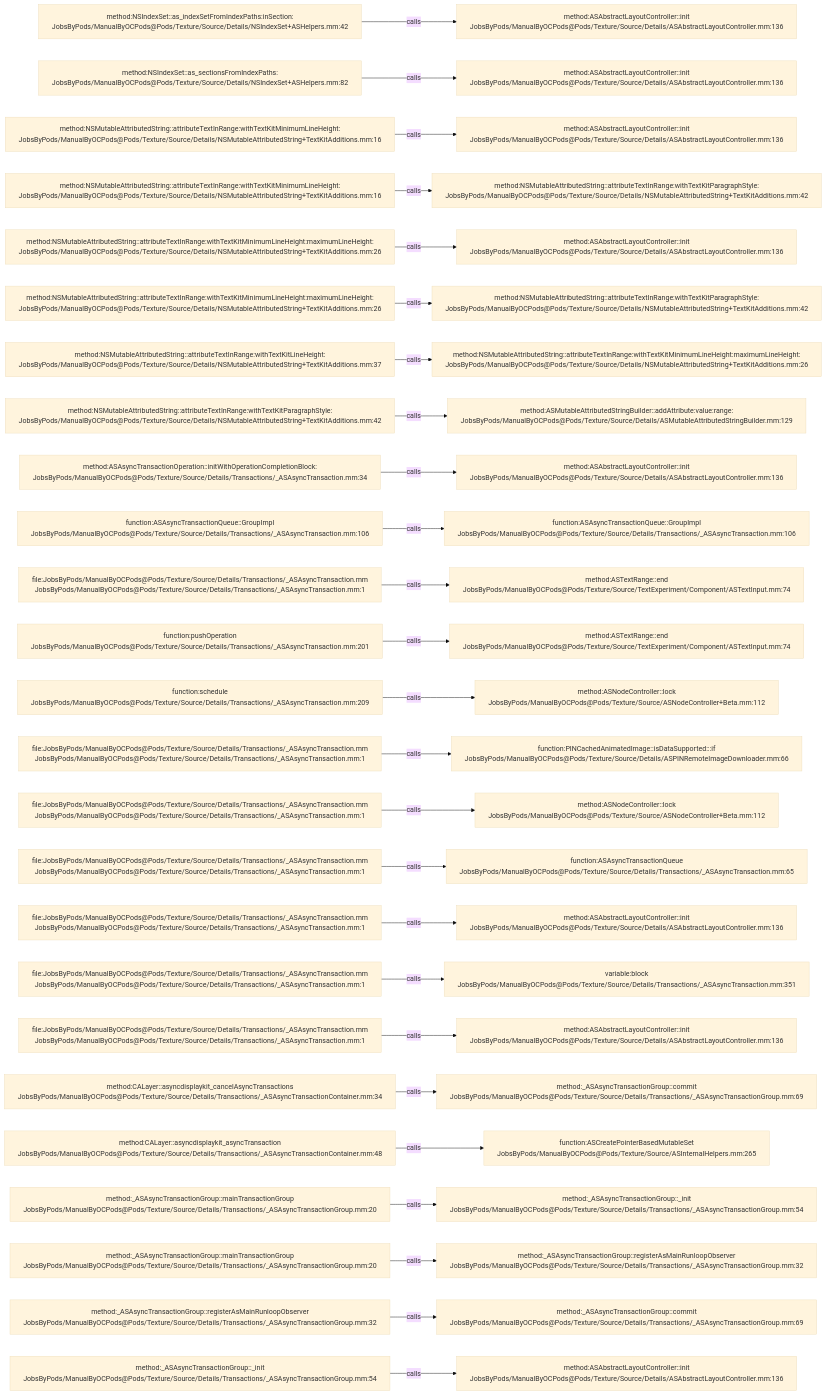
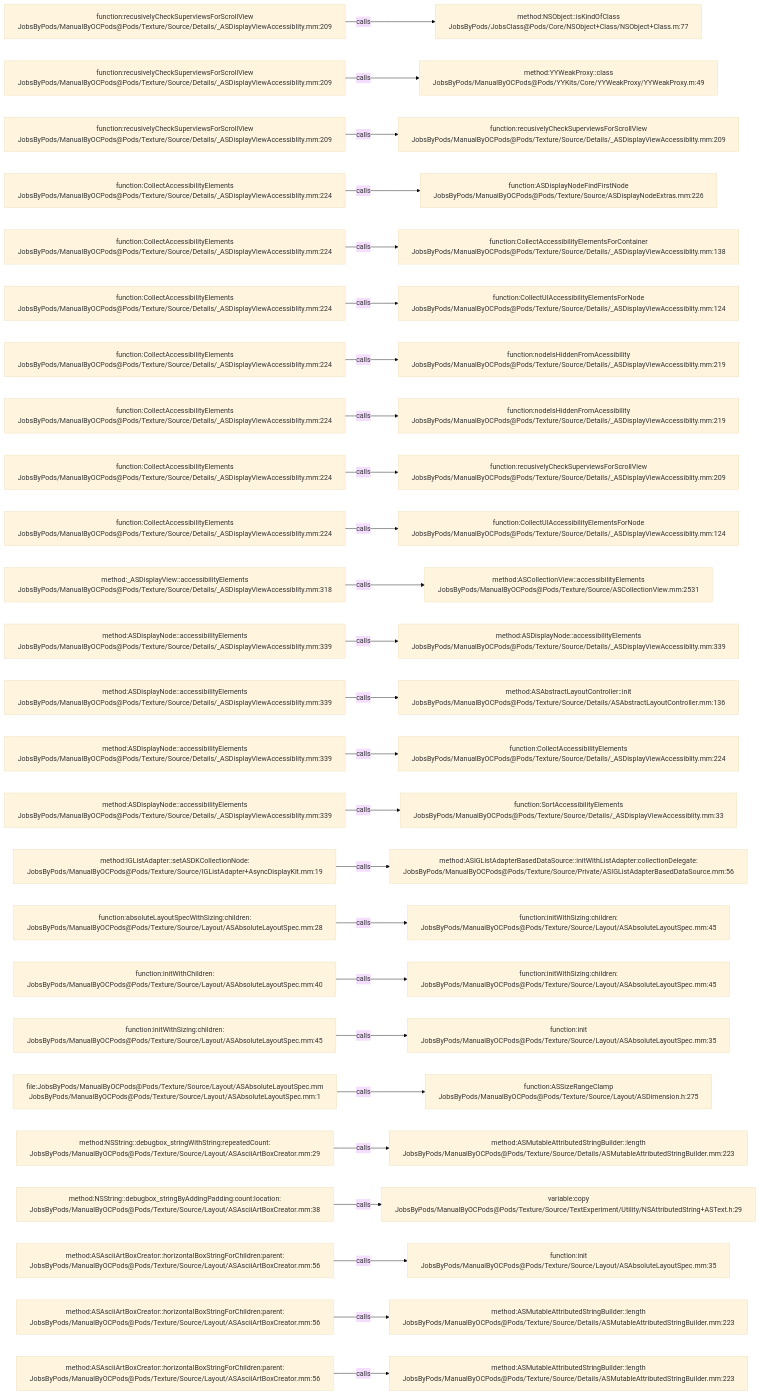
One commit to JobsKits/JobsOCBaseConfigDemo changed the diagram in .codegraph/codegraph.md/graphs/calls-176.md. Above: the diagram before and after it, drawn with Mermaid (base theme). The commit also changed 1223 other files, not shown here.

````diff
--- a/.codegraph/codegraph.md/graphs/calls-176.md
+++ b/.codegraph/codegraph.md/graphs/calls-176.md
@@ -13,78 +13,78 @@
 ```mermaid
 flowchart LR
-  S1["method:NSIndexSet::as_indexSetFromIndexPaths:inSection:<br/>JobsByPods/ManualByOCPods@Pods/Texture/Source/Details/NSIndexSet+ASHelpers.mm:42"]
-  T1["method:ASAbstractLayoutController::init<br/>JobsByPods/ManualByOCPods@Pods/Texture/Source/Details/ASAbstractLayoutController.mm:136"]
+  S1["function:recusivelyCheckSuperviewsForScrollView<br/>JobsByPods/ManualByOCPods@Pods/Texture/Source/Details/_ASDisplayViewAccessiblity.mm:209"]
+  T1["method:NSObject::isKindOfClass<br/>JobsByPods/JobsClass@Pods/Core/NSObject+Class/NSObject+Class.m:77"]
   S1 -->|calls| T1
-  S2["method:NSIndexSet::as_sectionsFromIndexPaths:<br/>JobsByPods/ManualByOCPods@Pods/Texture/Source/Details/NSIndexSet+ASHelpers.mm:82"]
-  T2["method:ASAbstractLayoutController::init<br/>JobsByPods/ManualByOCPods@Pods/Texture/Source/Details/ASAbstractLayoutController.mm:136"]
+  S2["function:recusivelyCheckSuperviewsForScrollView<br/>JobsByPods/ManualByOCPods@Pods/Texture/Source/Details/_ASDisplayViewAccessiblity.mm:209"]
+  T2["method:YYWeakProxy::class<br/>JobsByPods/ManualByOCPods@Pods/YYKits/Core/YYWeakProxy/YYWeakProxy.m:49"]
   S2 -->|calls| T2
-  S3["method:NSMutableAttributedString::attributeTextInRange:withTextKitMinimumLineHeight:<br/>JobsByPods/ManualByOCPods@Pods/Texture/Source/Details/NSMutableAttributedString+TextKitAdditions.mm:16"]
-  T3["method:ASAbstractLayoutController::init<br/>JobsByPods/ManualByOCPods@Pods/Texture/Source/Details/ASAbstractLayoutController.mm:136"]
+  S3["function:recusivelyCheckSuperviewsForScrollView<br/>JobsByPods/ManualByOCPods@Pods/Texture/Source/Details/_ASDisplayViewAccessiblity.mm:209"]
+  T3["function:recusivelyCheckSuperviewsForScrollView<br/>JobsByPods/ManualByOCPods@Pods/Texture/Source/Details/_ASDisplayViewAccessiblity.mm:209"]
   S3 -->|calls| T3
-  S4["method:NSMutableAttributedString::attributeTextInRange:withTextKitMinimumLineHeight:<br/>JobsByPods/ManualByOCPods@Pods/Texture/Source/Details/NSMutableAttributedString+TextKitAdditions.mm:16"]
-  T4["method:NSMutableAttributedString::attributeTextInRange:withTextKitParagraphStyle:<br/>JobsByPods/ManualByOCPods@Pods/Texture/Source/Details/NSMutableAttributedString+TextKitAdditions.mm:42"]
+  S4["function:CollectAccessibilityElements<br/>JobsByPods/ManualByOCPods@Pods/Texture/Source/Details/_ASDisplayViewAccessiblity.mm:224"]
+  T4["function:ASDisplayNodeFindFirstNode<br/>JobsByPods/ManualByOCPods@Pods/Texture/Source/ASDisplayNodeExtras.mm:226"]
   S4 -->|calls| T4
-  S5["method:NSMutableAttributedString::attributeTextInRange:withTextKitMinimumLineHeight:maximumLineHeight:<br/>JobsByPods/ManualByOCPods@Pods/Texture/Source/Details/NSMutableAttributedString+TextKitAdditions.mm:26"]
-  T5["method:ASAbstractLayoutController::init<br/>JobsByPods/ManualByOCPods@Pods/Texture/Source/Details/ASAbstractLayoutController.mm:136"]
+  S5["function:CollectAccessibilityElements<br/>JobsByPods/ManualByOCPods@Pods/Texture/Source/Details/_ASDisplayViewAccessiblity.mm:224"]
+  T5["function:CollectAccessibilityElementsForContainer<br/>JobsByPods/ManualByOCPods@Pods/Texture/Source/Details/_ASDisplayViewAccessiblity.mm:138"]
   S5 -->|calls| T5
-  S6["method:NSMutableAttributedString::attributeTextInRange:withTextKitMinimumLineHeight:maximumLineHeight:<br/>JobsByPods/ManualByOCPods@Pods/Texture/Source/Details/NSMutableAttributedString+TextKitAdditions.mm:26"]
-  T6["method:NSMutableAttributedString::attributeTextInRange:withTextKitParagraphStyle:<br/>JobsByPods/ManualByOCPods@Pods/Texture/Source/Details/NSMutableAttributedString+TextKitAdditions.mm:42"]
+  S6["function:CollectAccessibilityElements<br/>JobsByPods/ManualByOCPods@Pods/Texture/Source/Details/_ASDisplayViewAccessiblity.mm:224"]
+  T6["function:CollectUIAccessibilityElementsForNode<br/>JobsByPods/ManualByOCPods@Pods/Texture/Source/Details/_ASDisplayViewAccessiblity.mm:124"]
   S6 -->|calls| T6
-  S7["method:NSMutableAttributedString::attributeTextInRange:withTextKitLineHeight:<br/>JobsByPods/ManualByOCPods@Pods/Texture/Source/Details/NSMutableAttributedString+TextKitAdditions.mm:37"]
-  T7["method:NSMutableAttributedString::attributeTextInRange:withTextKitMinimumLineHeight:maximumLineHeight:<br/>JobsByPods/ManualByOCPods@Pods/Texture/Source/Details/NSMutableAttributedString+TextKitAdditions.mm:26"]
+  S7["function:CollectAccessibilityElements<br/>JobsByPods/ManualByOCPods@Pods/Texture/Source/Details/_ASDisplayViewAccessiblity.mm:224"]
+  T7["function:nodeIsHiddenFromAcessibility<br/>JobsByPods/ManualByOCPods@Pods/Texture/Source/Details/_ASDisplayViewAccessiblity.mm:219"]
   S7 -->|calls| T7
-  S8["method:NSMutableAttributedString::attributeTextInRange:withTextKitParagraphStyle:<br/>JobsByPods/ManualByOCPods@Pods/Texture/Source/Details/NSMutableAttributedString+TextKitAdditions.mm:42"]
-  T8["method:ASMutableAttributedStringBuilder::addAttribute:value:range:<br/>JobsByPods/ManualByOCPods@Pods/Texture/Source/Details/ASMutableAttributedStringBuilder.mm:129"]
+  S8["function:CollectAccessibilityElements<br/>JobsByPods/ManualByOCPods@Pods/Texture/Source/Details/_ASDisplayViewAccessiblity.mm:224"]
+  T8["function:nodeIsHiddenFromAcessibility<br/>JobsByPods/ManualByOCPods@Pods/Texture/Source/Details/_ASDisplayViewAccessiblity.mm:219"]
   S8 -->|calls| T8
-  S9["method:ASAsyncTransactionOperation::initWithOperationCompletionBlock:<br/>JobsByPods/ManualByOCPods@Pods/Texture/Source/Details/Transactions/_ASAsyncTransaction.mm:34"]
-  T9["method:ASAbstractLayoutController::init<br/>JobsByPods/ManualByOCPods@Pods/Texture/Source/Details/ASAbstractLayoutController.mm:136"]
+  S9["function:CollectAccessibilityElements<br/>JobsByPods/ManualByOCPods@Pods/Texture/Source/Details/_ASDisplayViewAccessiblity.mm:224"]
+  T9["function:recusivelyCheckSuperviewsForScrollView<br/>JobsByPods/ManualByOCPods@Pods/Texture/Source/Details/_ASDisplayViewAccessiblity.mm:209"]
   S9 -->|calls| T9
-  S10["function:ASAsyncTransactionQueue::GroupImpl<br/>JobsByPods/ManualByOCPods@Pods/Texture/Source/Details/Transactions/_ASAsyncTransaction.mm:106"]
-  T10["function:ASAsyncTransactionQueue::GroupImpl<br/>JobsByPods/ManualByOCPods@Pods/Texture/Source/Details/Transactions/_ASAsyncTransaction.mm:106"]
+  S10["function:CollectAccessibilityElements<br/>JobsByPods/ManualByOCPods@Pods/Texture/Source/Details/_ASDisplayViewAccessiblity.mm:224"]
+  T10["function:CollectUIAccessibilityElementsForNode<br/>JobsByPods/ManualByOCPods@Pods/Texture/Source/Details/_ASDisplayViewAccessiblity.mm:124"]
   S10 -->|calls| T10
-  S11["file:JobsByPods/ManualByOCPods@Pods/Texture/Source/Details/Transactions/_ASAsyncTransaction.mm<br/>JobsByPods/ManualByOCPods@Pods/Texture/Source/Details/Transactions/_ASAsyncTransaction.mm:1"]
-  T11["method:ASTextRange::end<br/>JobsByPods/ManualByOCPods@Pods/Texture/Source/TextExperiment/Component/ASTextInput.mm:74"]
+  S11["method:_ASDisplayView::accessibilityElements<br/>JobsByPods/ManualByOCPods@Pods/Texture/Source/Details/_ASDisplayViewAccessiblity.mm:318"]
+  T11["method:ASCollectionView::accessibilityElements<br/>JobsByPods/ManualByOCPods@Pods/Texture/Source/ASCollectionView.mm:2531"]
   S11 -->|calls| T11
-  S12["function:pushOperation<br/>JobsByPods/ManualByOCPods@Pods/Texture/Source/Details/Transactions/_ASAsyncTransaction.mm:201"]
-  T12["method:ASTextRange::end<br/>JobsByPods/ManualByOCPods@Pods/Texture/Source/TextExperiment/Component/ASTextInput.mm:74"]
+  S12["method:ASDisplayNode::accessibilityElements<br/>JobsByPods/ManualByOCPods@Pods/Texture/Source/Details/_ASDisplayViewAccessiblity.mm:339"]
+  T12["method:ASDisplayNode::accessibilityElements<br/>JobsByPods/ManualByOCPods@Pods/Texture/Source/Details/_ASDisplayViewAccessiblity.mm:339"]
   S12 -->|calls| T12
-  S13["function:schedule<br/>JobsByPods/ManualByOCPods@Pods/Texture/Source/Details/Transactions/_ASAsyncTransaction.mm:209"]
-  T13["method:ASNodeController::lock<br/>JobsByPods/ManualByOCPods@Pods/Texture/Source/ASNodeController+Beta.mm:112"]
+  S13["method:ASDisplayNode::accessibilityElements<br/>JobsByPods/ManualByOCPods@Pods/Texture/Source/Details/_ASDisplayViewAccessiblity.mm:339"]
+  T13["method:ASAbstractLayoutController::init<br/>JobsByPods/ManualByOCPods@Pods/Texture/Source/Details/ASAbstractLayoutController.mm:136"]
   S13 -->|calls| T13
-  S14["file:JobsByPods/ManualByOCPods@Pods/Texture/Source/Details/Transactions/_ASAsyncTransaction.mm<br/>JobsByPods/ManualByOCPods@Pods/Texture/Source/Details/Transactions/_ASAsyncTransaction.mm:1"]
-  T14["function:PINCachedAnimatedImage::isDataSupported:::if<br/>JobsByPods/ManualByOCPods@Pods/Texture/Source/Details/ASPINRemoteImageDownloader.mm:66"]
+  S14["method:ASDisplayNode::accessibilityElements<br/>JobsByPods/ManualByOCPods@Pods/Texture/Source/Details/_ASDisplayViewAccessiblity.mm:339"]
+  T14["function:CollectAccessibilityElements<br/>JobsByPods/ManualByOCPods@Pods/Texture/Source/Details/_ASDisplayViewAccessiblity.mm:224"]
   S14 -->|calls| T14
-  S15["file:JobsByPods/ManualByOCPods@Pods/Texture/Source/Details/Transactions/_ASAsyncTransaction.mm<br/>JobsByPods/ManualByOCPods@Pods/Texture/Source/Details/Transactions/_ASAsyncTransaction.mm:1"]
-  T15["method:ASNodeController::lock<br/>JobsByPods/ManualByOCPods@Pods/Texture/Source/ASNodeController+Beta.mm:112"]
+  S15["method:ASDisplayNode::accessibilityElements<br/>JobsByPods/ManualByOCPods@Pods/Texture/Source/Details/_ASDisplayViewAccessiblity.mm:339"]
+  T15["function:SortAccessibilityElements<br/>JobsByPods/ManualByOCPods@Pods/Texture/Source/Details/_ASDisplayViewAccessiblity.mm:33"]
   S15 -->|calls| T15
-  S16["file:JobsByPods/ManualByOCPods@Pods/Texture/Source/Details/Transactions/_ASAsyncTransaction.mm<br/>JobsByPods/ManualByOCPods@Pods/Texture/Source/Details/Transactions/_ASAsyncTransaction.mm:1"]
-  T16["function:ASAsyncTransactionQueue<br/>JobsByPods/ManualByOCPods@Pods/Texture/Source/Details/Transactions/_ASAsyncTransaction.mm:65"]
+  S16["method:IGListAdapter::setASDKCollectionNode:<br/>JobsByPods/ManualByOCPods@Pods/Texture/Source/IGListAdapter+AsyncDisplayKit.mm:19"]
+  T16["method:ASIGListAdapterBasedDataSource::initWithListAdapter:collectionDelegate:<br/>JobsByPods/ManualByOCPods@Pods/Texture/Source/Private/ASIGListAdapterBasedDataSource.mm:56"]
   S16 -->|calls| T16
-  S17["file:JobsByPods/ManualByOCPods@Pods/Texture/Source/Details/Transactions/_ASAsyncTransaction.mm<br/>JobsByPods/ManualByOCPods@Pods/Texture/Source/Details/Transactions/_ASAsyncTransaction.mm:1"]
-  T17["method:ASAbstractLayoutController::init<br/>JobsByPods/ManualByOCPods@Pods/Texture/Source/Details/ASAbstractLayoutController.mm:136"]
+  S17["function:absoluteLayoutSpecWithSizing:children:<br/>JobsByPods/ManualByOCPods@Pods/Texture/Source/Layout/ASAbsoluteLayoutSpec.mm:28"]
+  T17["function:initWithSizing:children:<br/>JobsByPods/ManualByOCPods@Pods/Texture/Source/Layout/ASAbsoluteLayoutSpec.mm:45"]
   S17 -->|calls| T17
-  S18["file:JobsByPods/ManualByOCPods@Pods/Texture/Source/Details/Transactions/_ASAsyncTransaction.mm<br/>JobsByPods/ManualByOCPods@Pods/Texture/Source/Details/Transactions/_ASAsyncTransaction.mm:1"]
-  T18["variable:block<br/>JobsByPods/ManualByOCPods@Pods/Texture/Source/Details/Transactions/_ASAsyncTransaction.mm:351"]
+  S18["function:initWithChildren:<br/>JobsByPods/ManualByOCPods@Pods/Texture/Source/Layout/ASAbsoluteLayoutSpec.mm:40"]
+  T18["function:initWithSizing:children:<br/>JobsByPods/ManualByOCPods@Pods/Texture/Source/Layout/ASAbsoluteLayoutSpec.mm:45"]
   S18 -->|calls| T18
-  S19["file:JobsByPods/ManualByOCPods@Pods/Texture/Source/Details/Transactions/_ASAsyncTransaction.mm<br/>JobsByPods/ManualByOCPods@Pods/Texture/Source/Details/Transactions/_ASAsyncTransaction.mm:1"]
-  T19["method:ASAbstractLayoutController::init<br/>JobsByPods/ManualByOCPods@Pods/Texture/Source/Details/ASAbstractLayoutController.mm:136"]
+  S19["function:initWithSizing:children:<br/>JobsByPods/ManualByOCPods@Pods/Texture/Source/Layout/ASAbsoluteLayoutSpec.mm:45"]
+  T19["function:init<br/>JobsByPods/ManualByOCPods@Pods/Texture/Source/Layout/ASAbsoluteLayoutSpec.mm:35"]
   S19 -->|calls| T19
-  S20["method:CALayer::asyncdisplaykit_cancelAsyncTransactions<br/>JobsByPods/ManualByOCPods@Pods/Texture/Source/Details/Transactions/_ASAsyncTransactionContainer.mm:34"]
-  T20["method:_ASAsyncTransactionGroup::commit<br/>JobsByPods/ManualByOCPods@Pods/Texture/Source/Details/Transactions/_ASAsyncTransactionGroup.mm:69"]
+  S20["file:JobsByPods/ManualByOCPods@Pods/Texture/Source/Layout/ASAbsoluteLayoutSpec.mm<br/>JobsByPods/ManualByOCPods@Pods/Texture/Source/Layout/ASAbsoluteLayoutSpec.mm:1"]
+  T20["function:ASSizeRangeClamp<br/>JobsByPods/ManualByOCPods@Pods/Texture/Source/Layout/ASDimension.h:275"]
   S20 -->|calls| T20
-  S21["method:CALayer::asyncdisplaykit_asyncTransaction<br/>JobsByPods/ManualByOCPods@Pods/Texture/Source/Details/Transactions/_ASAsyncTransactionContainer.mm:48"]
-  T21["function:ASCreatePointerBasedMutableSet<br/>JobsByPods/ManualByOCPods@Pods/Texture/Source/ASInternalHelpers.mm:265"]
+  S21["method:NSString::debugbox_stringWithString:repeatedCount:<br/>JobsByPods/ManualByOCPods@Pods/Texture/Source/Layout/ASAsciiArtBoxCreator.mm:29"]
+  T21["method:ASMutableAttributedStringBuilder::length<br/>JobsByPods/ManualByOCPods@Pods/Texture/Source/Details/ASMutableAttributedStringBuilder.mm:223"]
   S21 -->|calls| T21
-  S22["method:_ASAsyncTransactionGroup::mainTransactionGroup<br/>JobsByPods/ManualByOCPods@Pods/Texture/Source/Details/Transactions/_ASAsyncTransactionGroup.mm:20"]
-  T22["method:_ASAsyncTransactionGroup::_init<br/>JobsByPods/ManualByOCPods@Pods/Texture/Source/Details/Transactions/_ASAsyncTransactionGroup.mm:54"]
+  S22["method:NSString::debugbox_stringByAddingPadding:count:location:<br/>JobsByPods/ManualByOCPods@Pods/Texture/Source/Layout/ASAsciiArtBoxCreator.mm:38"]
+  T22["variable:copy<br/>JobsByPods/ManualByOCPods@Pods/Texture/Source/TextExperiment/Utility/NSAttributedString+ASText.h:29"]
   S22 -->|calls| T22
-  S23["method:_ASAsyncTransactionGroup::mainTransactionGroup<br/>JobsByPods/ManualByOCPods@Pods/Texture/Source/Details/Transactions/_ASAsyncTransactionGroup.mm:20"]
-  T23["method:_ASAsyncTransactionGroup::registerAsMainRunloopObserver<br/>JobsByPods/ManualByOCPods@Pods/Texture/Source/Details/Transactions/_ASAsyncTransactionGroup.mm:32"]
+  S23["method:ASAsciiArtBoxCreator::horizontalBoxStringForChildren:parent:<br/>JobsByPods/ManualByOCPods@Pods/Texture/Source/Layout/ASAsciiArtBoxCreator.mm:56"]
+  T23["function:init<br/>JobsByPods/ManualByOCPods@Pods/Texture/Source/Layout/ASAbsoluteLayoutSpec.mm:35"]
   S23 -->|calls| T23
-  S24["method:_ASAsyncTransactionGroup::registerAsMainRunloopObserver<br/>JobsByPods/ManualByOCPods@Pods/Texture/Source/Details/Transactions/_ASAsyncTransactionGroup.mm:32"]
-  T24["method:_ASAsyncTransactionGroup::commit<br/>JobsByPods/ManualByOCPods@Pods/Texture/Source/Details/Transactions/_ASAsyncTransactionGroup.mm:69"]
+  S24["method:ASAsciiArtBoxCreator::horizontalBoxStringForChildren:parent:<br/>JobsByPods/ManualByOCPods@Pods/Texture/Source/Layout/ASAsciiArtBoxCreator.mm:56"]
+  T24["method:ASMutableAttributedStringBuilder::length<br/>JobsByPods/ManualByOCPods@Pods/Texture/Source/Details/ASMutableAttributedStringBuilder.mm:223"]
   S24 -->|calls| T24
-  S25["method:_ASAsyncTransactionGroup::_init<br/>JobsByPods/ManualByOCPods@Pods/Texture/Source/Details/Transactions/_ASAsyncTransactionGroup.mm:54"]
-  T25["method:ASAbstractLayoutController::init<br/>JobsByPods/ManualByOCPods@Pods/Texture/Source/Details/ASAbstractLayoutController.mm:136"]
+  S25["method:ASAsciiArtBoxCreator::horizontalBoxStringForChildren:parent:<br/>JobsByPods/ManualByOCPods@Pods/Texture/Source/Layout/ASAsciiArtBoxCreator.mm:56"]
+  T25["method:ASMutableAttributedStringBuilder::length<br/>JobsByPods/ManualByOCPods@Pods/Texture/Source/Details/ASMutableAttributedStringBuilder.mm:223"]
   S25 -->|calls| T25
 ```
````
